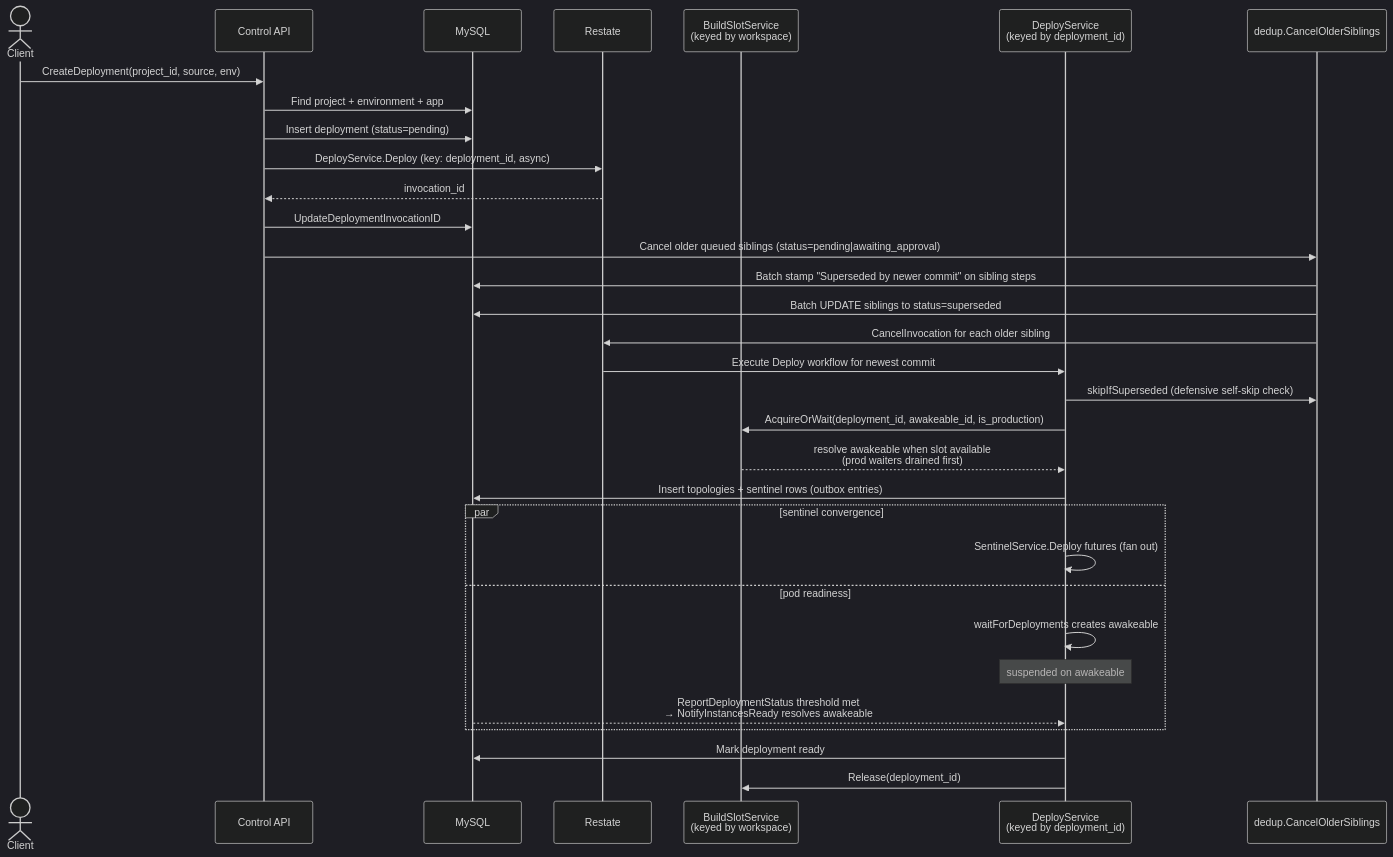
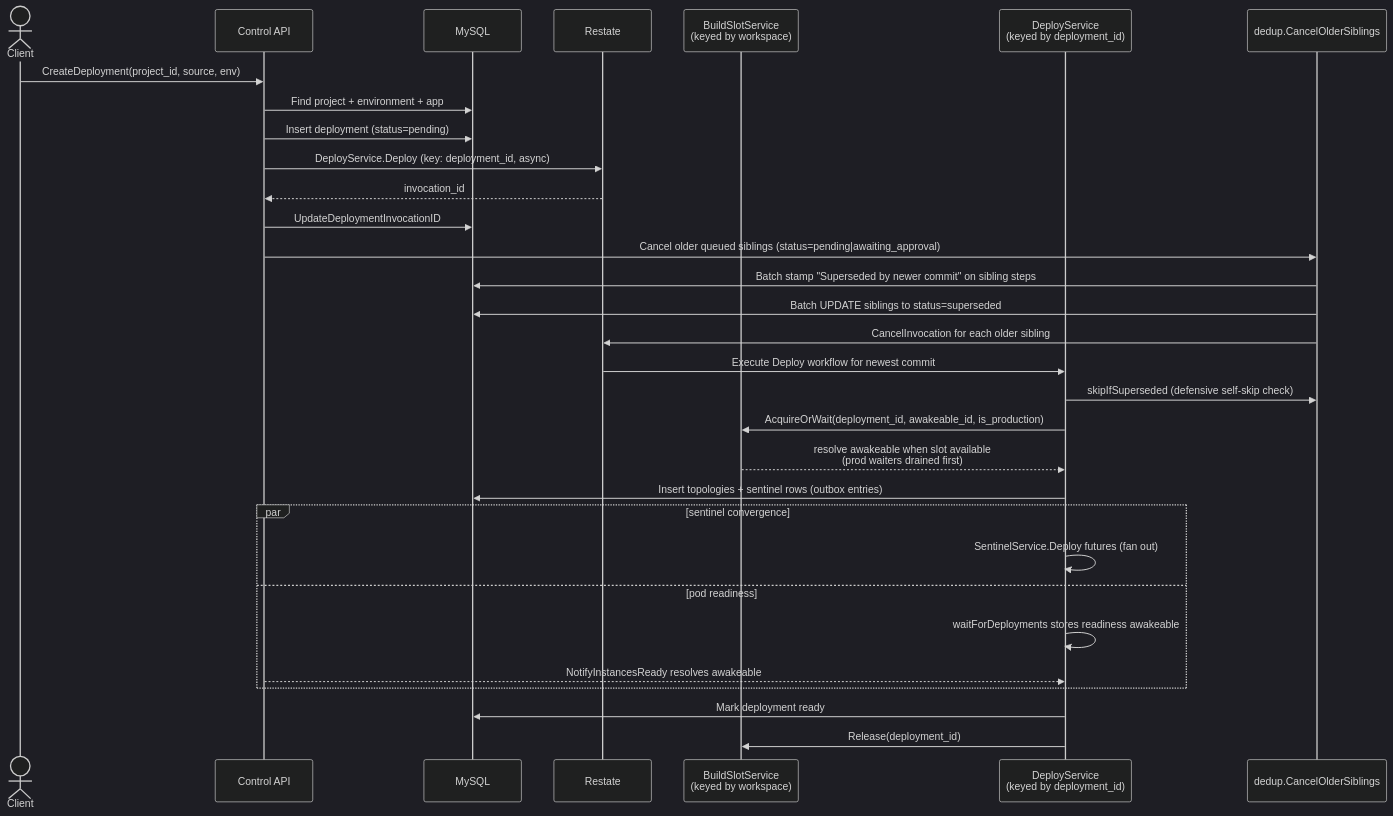
Before and after one commit to unkeyed/unkey: the first of 4 diagrams in docs/engineering/architecture/services/control-plane/worker/workflows/deployments.mdx, drawn with Mermaid (dark theme). The commit also changed other lines of this file and 76 other files, not shown here.

````diff
--- a/docs/engineering/architecture/services/control-plane/worker/workflows/deployments.mdx
+++ b/docs/engineering/architecture/services/control-plane/worker/workflows/deployments.mdx
@@ -30,35 +30,34 @@
 ```mermaid
 sequenceDiagram
   actor Client
   participant CtrlAPI as Control API
   participant DB as MySQL
   participant Restate as Restate
   participant BuildSlot as BuildSlotService<br/>(keyed by workspace)
   participant Worker as DeployService<br/>(keyed by deployment_id)
   participant Dedup as dedup.CancelOlderSiblings
 
   Client->>CtrlAPI: CreateDeployment(project_id, source, env)
   CtrlAPI->>DB: Find project + environment + app
   CtrlAPI->>DB: Insert deployment (status=pending)
   CtrlAPI->>Restate: DeployService.Deploy (key: deployment_id, async)
   Restate-->>CtrlAPI: invocation_id
   CtrlAPI->>DB: UpdateDeploymentInvocationID
   CtrlAPI->>Dedup: Cancel older queued siblings (status=pending|awaiting_approval)
   Dedup->>DB: Batch stamp "Superseded by newer commit" on sibling steps
   Dedup->>DB: Batch UPDATE siblings to status=superseded
   Dedup->>Restate: CancelInvocation for each older sibling
   Restate->>Worker: Execute Deploy workflow for newest commit
   Worker->>Dedup: skipIfSuperseded (defensive self-skip check)
   Worker->>BuildSlot: AcquireOrWait(deployment_id, awakeable_id, is_production)
   BuildSlot-->>Worker: resolve awakeable when slot available<br/>(prod waiters drained first)
   Worker->>DB: Insert topologies + sentinel rows (outbox entries)
   par sentinel convergence
     Worker->>Worker: SentinelService.Deploy futures (fan out)
   and pod readiness
-    Worker->>Worker: waitForDeployments creates awakeable
-    Note over Worker: suspended on awakeable
-    DB-->>Worker: ReportDeploymentStatus threshold met<br/>→ NotifyInstancesReady resolves awakeable
+    Worker->>Worker: waitForDeployments stores readiness awakeable
+    CtrlAPI-->>Worker: NotifyInstancesReady resolves awakeable
   end
   Worker->>DB: Mark deployment ready
   Worker->>BuildSlot: Release(deployment_id)
 ```
````
